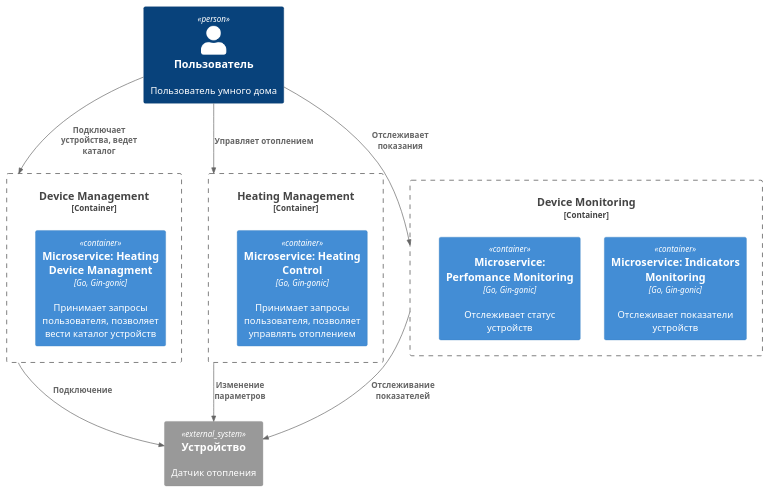
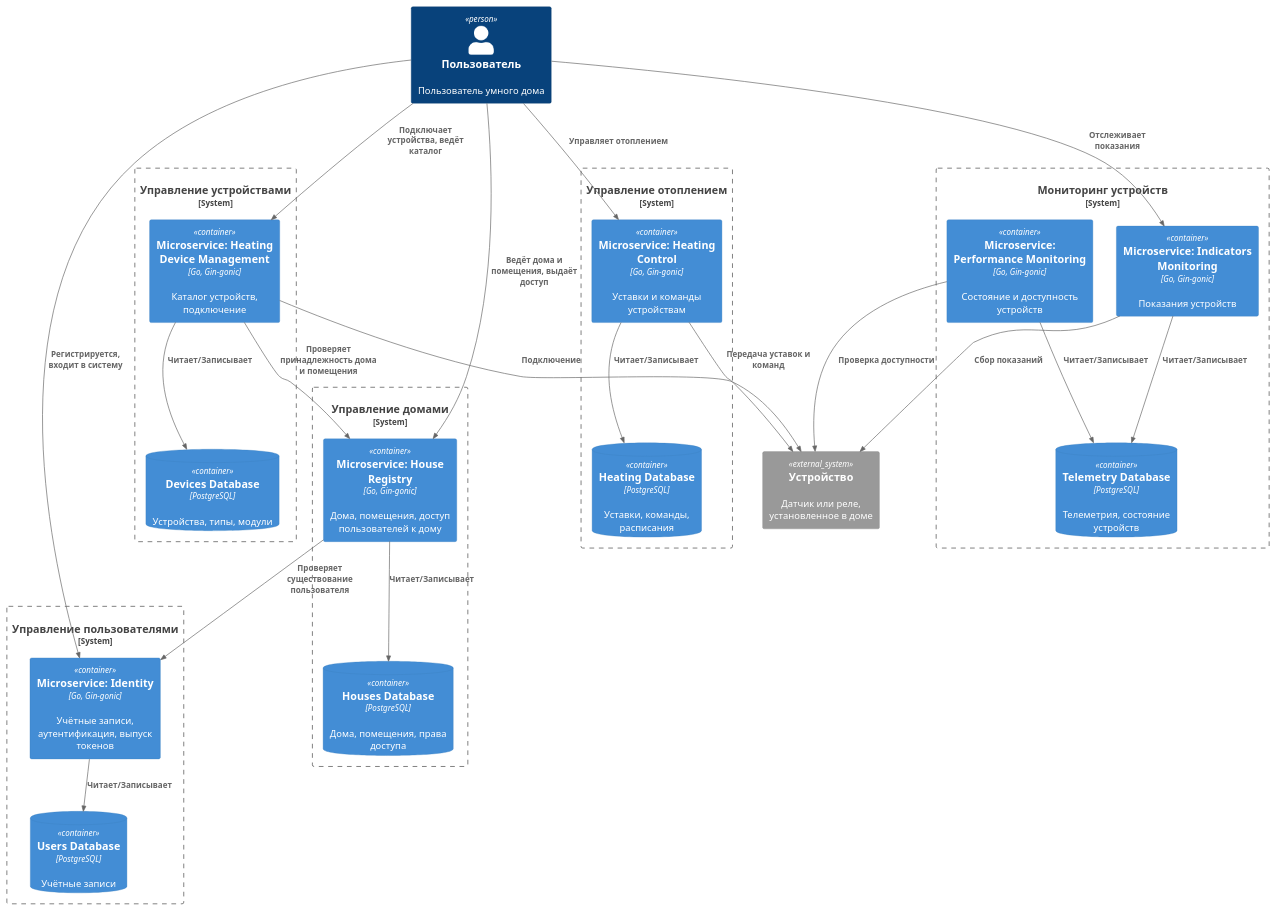
One commit to killtoyz/yandex-practicum-1-sprint changed the diagram in apps/diagrams/container/cntr-view-to-be.puml. Above: the diagram before and after it, drawn with PlantUML. The commit also changed 3 other files, not shown here.

Commit message:
feat: добавлены-диаграммы

```diff
--- a/apps/diagrams/container/cntr-view-to-be.puml
+++ b/apps/diagrams/container/cntr-view-to-be.puml
@@ -1,31 +1,58 @@
 @startuml smarthome-app-cntr-view-to-be
 
 top to bottom direction
 
 !includeurl https://raw.githubusercontent.com/RicardoNiepel/C4-PlantUML/master/C4_Component.puml
 
 Person(user, "Пользователь", "Пользователь умного дома")
 
-Container_Boundary(deviceManagement, "Device Management") {
-  Container(heatingDeviceManagement, "Microservice: Heating Device Managment", "Go, Gin-gonic", "Принимает запросы пользователя, позволяет вести каталог устройств")
+System_Boundary(userManagement, "Управление пользователями") {
+  Container(identityService, "Microservice: Identity", "Go, Gin-gonic", "Учётные записи, аутентификация, выпуск токенов")
+  ContainerDb(userDb, "Users Database", "PostgreSQL", "Учётные записи")
 }
 
-Container_Boundary(heatingManagement, "Heating Management") {
-  Container(heatingControl, "Microservice: Heating Control", "Go, Gin-gonic", "Принимает запросы пользователя, позволяет управлять отоплением")
+System_Boundary(houseManagement, "Управление домами") {
+  Container(houseService, "Microservice: House Registry", "Go, Gin-gonic", "Дома, помещения, доступ пользователей к дому")
+  ContainerDb(houseDb, "Houses Database", "PostgreSQL", "Дома, помещения, права доступа")
 }
 
-Container_Boundary(deviceMonitoring, "Device Monitoring") {
-  Container(indicatorsMonitoring, "Microservice: Indicators Monitoring", "Go, Gin-gonic", "Отслеживает показатели устройств")
-  Container(performanceMonitoring, "Microservice: Perfomance Monitoring", "Go, Gin-gonic", "Отслеживает статус устройств")
+System_Boundary(deviceManagement, "Управление устройствами") {
+  Container(heatingDeviceManagement, "Microservice: Heating Device Management", "Go, Gin-gonic", "Каталог устройств, подключение")
+  ContainerDb(deviceDb, "Devices Database", "PostgreSQL", "Устройства, типы, модули")
 }
 
-System_Ext(device, "Устройство", "Датчик отопления")
+System_Boundary(heatingManagement, "Управление отоплением") {
+  Container(heatingControl, "Microservice: Heating Control", "Go, Gin-gonic", "Уставки и команды устройствам")
+  ContainerDb(heatingDb, "Heating Database", "PostgreSQL", "Уставки, команды, расписания")
+}
 
-Rel(user, deviceManagement, "Подключает устройства, ведет каталог")
-Rel(user, heatingManagement, "Управляет отоплением")
-Rel(user, deviceMonitoring, "Отслеживает показания")
-Rel(deviceManagement, device, "Подключение")
-Rel(heatingManagement, device, "Изменение параметров")
-Rel(deviceMonitoring, device, "Отслеживание показателей")
+System_Boundary(deviceMonitoring, "Мониторинг устройств") {
+  Container(indicatorsMonitoring, "Microservice: Indicators Monitoring", "Go, Gin-gonic", "Показания устройств")
+  Container(performanceMonitoring, "Microservice: Performance Monitoring", "Go, Gin-gonic", "Состояние и доступность устройств")
+  ContainerDb(telemetryDb, "Telemetry Database", "PostgreSQL", "Телеметрия, состояние устройств")
+}
+
+System_Ext(device, "Устройство", "Датчик или реле, установленное в доме")
+
+Rel(user, identityService, "Регистрируется, входит в систему")
+Rel(user, houseService, "Ведёт дома и помещения, выдаёт доступ")
+Rel(user, heatingDeviceManagement, "Подключает устройства, ведёт каталог")
+Rel(user, heatingControl, "Управляет отоплением")
+Rel(user, indicatorsMonitoring, "Отслеживает показания")
+
+Rel(identityService, userDb, "Читает/Записывает")
+Rel(houseService, houseDb, "Читает/Записывает")
+Rel(heatingDeviceManagement, deviceDb, "Читает/Записывает")
+Rel(heatingControl, heatingDb, "Читает/Записывает")
+Rel(indicatorsMonitoring, telemetryDb, "Читает/Записывает")
+Rel(performanceMonitoring, telemetryDb, "Читает/Записывает")
+
+Rel(houseService, identityService, "Проверяет существование пользователя")
+Rel(heatingDeviceManagement, houseService, "Проверяет принадлежность дома и помещения")
+
+Rel(heatingDeviceManagement, device, "Подключение")
+Rel(heatingControl, device, "Передача уставок и команд")
+Rel(indicatorsMonitoring, device, "Сбор показаний")
+Rel(performanceMonitoring, device, "Проверка доступности")
 
 @enduml
```
